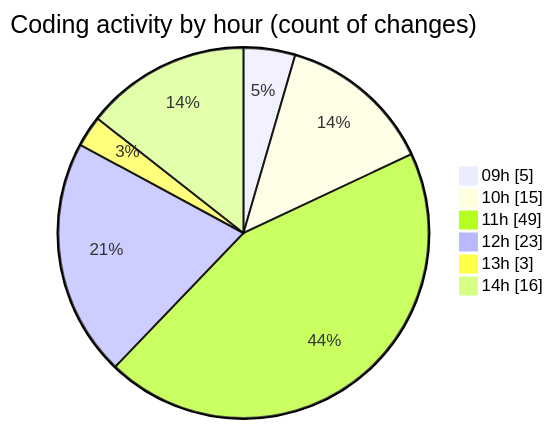
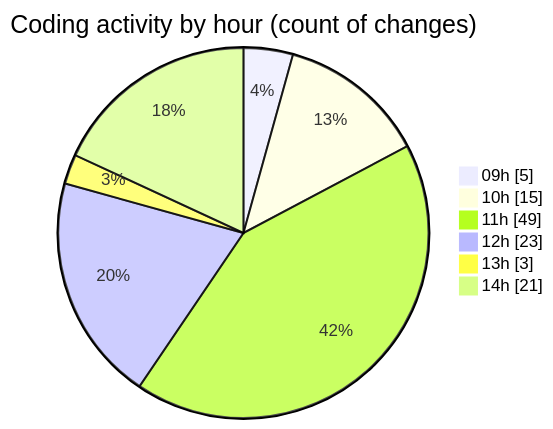
One commit to CELIANVF/code-tracking changed the second of 2 diagrams in 2025-06-13/ecodeli-1/README.md. Above: the diagram before and after it, drawn with Mermaid. The commit also changed other lines of this file and 1 other file, not shown here.

````diff
--- a/2025-06-13/ecodeli-1/README.md
+++ b/2025-06-13/ecodeli-1/README.md
@@ -54,10 +56,10 @@
 ```mermaid
 pie showData
 title Coding activity by hour (count of changes)
 "09h" : 5
 "10h" : 15
 "11h" : 49
 "12h" : 23
 "13h" : 3
-"14h" : 16
+"14h" : 21
 ```
````
